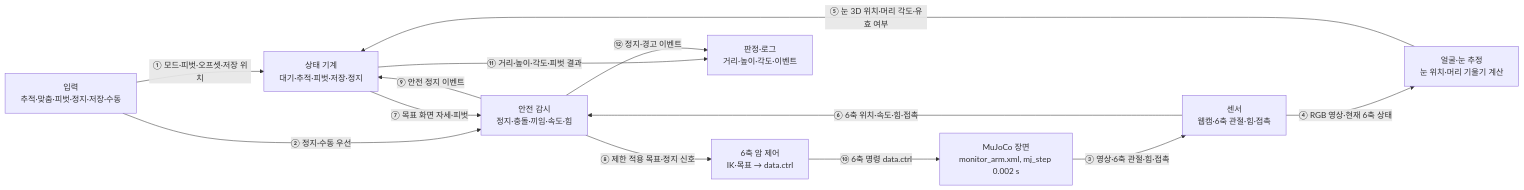
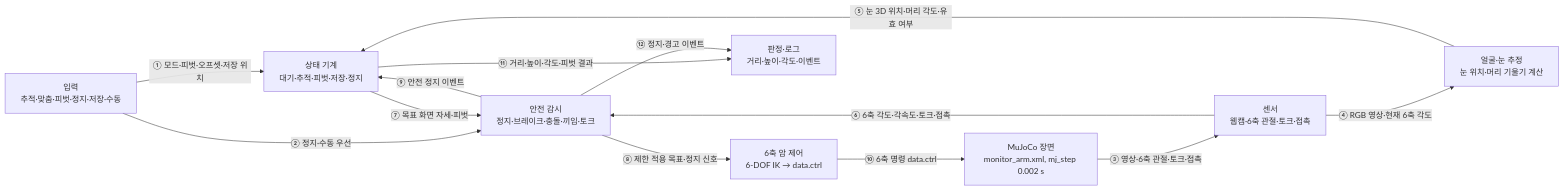
The diagram in docs/D06-architecture.md (0c9h1j5/monitor-arm-class-submission), drawn with Mermaid before and after one commit. The commit also changed other lines of this file and 12 other files, not shown here.

````diff
--- a/docs/D06-architecture.md
+++ b/docs/D06-architecture.md
@@ -22,24 +22,24 @@
 ```mermaid
 flowchart LR
   IN["입력<br/>추적·맞춤·피벗·정지·저장·수동"]
   SIM["MuJoCo 장면<br/>monitor_arm.xml, mj_step 0.002 s"]
-  SEN["센서<br/>웹캠·6축 관절·힘·접촉"]
+  SEN["센서<br/>웹캠·6축 관절·토크·접촉"]
   EST["얼굴·눈 추정<br/>눈 위치·머리 기울기 계산"]
   FSM["상태 기계<br/>대기·추적·피벗·저장·정지"]
-  SAFE["안전 감시<br/>정지·충돌·끼임·속도·힘"]
-  CTRL["6축 암 제어<br/>IK·목표 → data.ctrl"]
+  SAFE["안전 감시<br/>정지·브레이크·충돌·끼임·토크"]
+  CTRL["6축 암 제어<br/>6-DOF IK → data.ctrl"]
   LOG["판정·로그<br/>거리·높이·각도·이벤트"]
 
   IN -- "① 모드·피벗·오프셋·저장 위치" --> FSM
   IN -- "② 정지·수동 우선" --> SAFE
-  SIM -- "③ 영상·6축 관절·힘·접촉" --> SEN
-  SEN -- "④ RGB 영상·현재 6축 상태" --> EST
+  SIM -- "③ 영상·6축 관절·토크·접촉" --> SEN
+  SEN -- "④ RGB 영상·현재 6축 각도" --> EST
   EST -- "⑤ 눈 3D 위치·머리 각도·유효 여부" --> FSM
-  SEN -- "⑥ 6축 위치·속도·힘·접촉" --> SAFE
+  SEN -- "⑥ 6축 각도·각속도·토크·접촉" --> SAFE
   FSM -- "⑦ 목표 화면 자세·피벗" --> SAFE
   SAFE -- "⑧ 제한 적용 목표·정지 신호" --> CTRL
   SAFE -- "⑨ 안전 정지 이벤트" --> FSM
   CTRL -- "⑩ 6축 명령 data.ctrl" --> SIM
   FSM -- "⑪ 거리·높이·각도·피벗 결과" --> LOG
   SAFE -- "⑫ 정지·경고 이벤트" --> LOG
 ```
````
